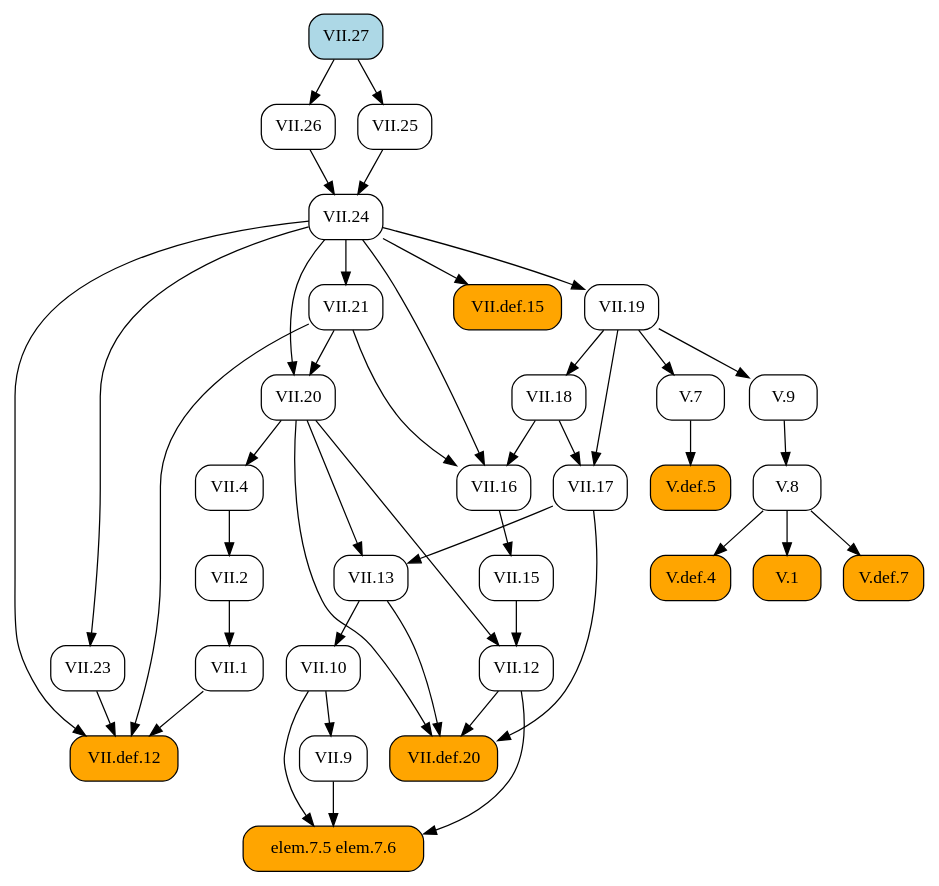
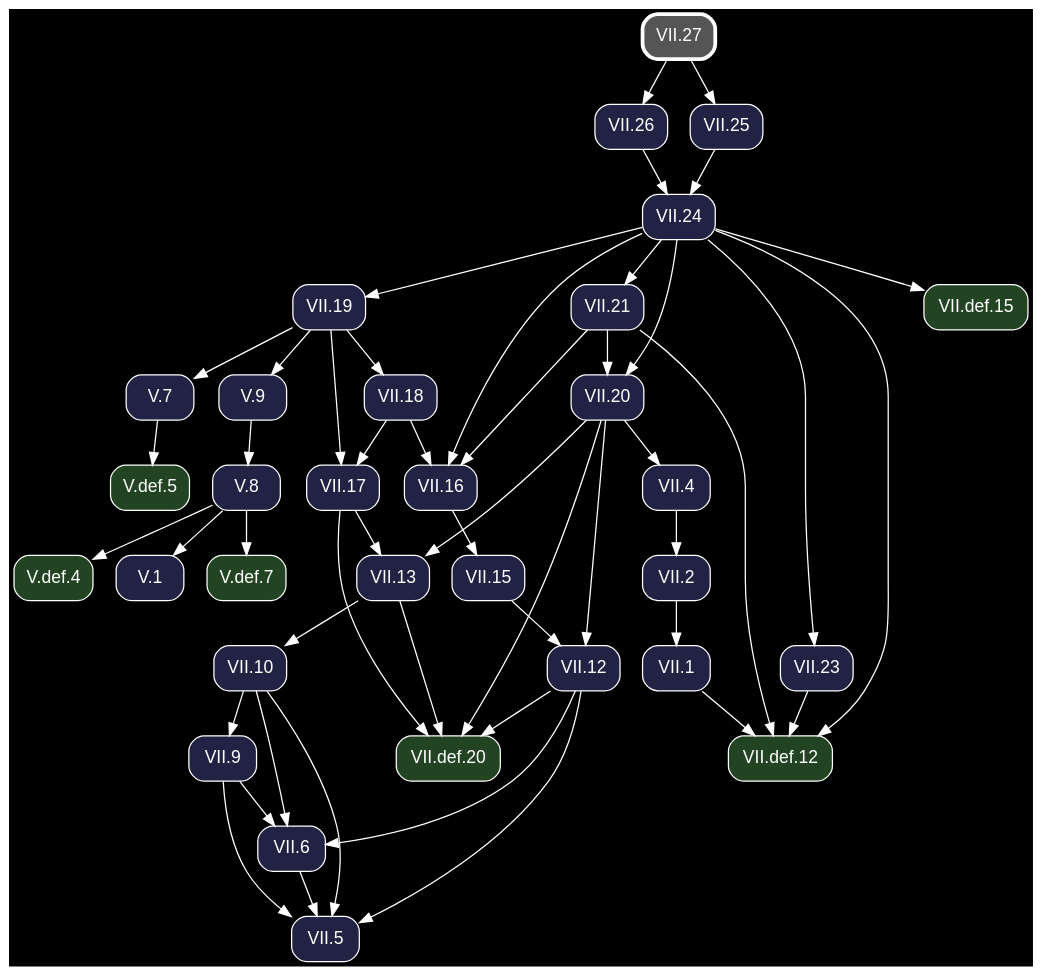
Before and after one commit to geometor/elements: the diagram in docsrc/heath/VII/27/index.rst, drawn with Graphviz. The commit also changed other lines of this file and 1200 other files, not shown here.

Commit message:
update dependency graphs

```diff
--- a/docsrc/heath/VII/27/index.rst
+++ b/docsrc/heath/VII/27/index.rst
@@ -36,80 +36,87 @@
 .. graphviz::
 
    digraph {
+     bgcolor="black";
+     node [shape=box, style="rounded,filled", fontname="Helvetica", color="white", fontcolor="white"];
+     edge [color="white", fontcolor="white"];
      rankdir="TB";
-     node [shape=box, style=rounded];
-     "VII.12" [URL="/heath/VII/12/", target="_top"];
-     "elem.7.5 elem.7.6" [style="rounded,filled", fillcolor=orange];
-     "V.def.7" [style="rounded,filled", fillcolor=orange, URL="/heath/V/def.7/", target="_top"];
-     "VII.9" [URL="/heath/VII/9/", target="_top"];
-     "VII.18" [URL="/heath/VII/18/", target="_top"];
-     "VII.16" [URL="/heath/VII/16/", target="_top"];
-     "V.7" [URL="/heath/V/7/", target="_top"];
-     "VII.27" [style="rounded,filled", fillcolor=lightblue, URL="/heath/VII/27/", target="_top"];
-     "VII.26" [URL="/heath/VII/26/", target="_top"];
-     "VII.21" [URL="/heath/VII/21/", target="_top"];
-     "V.def.5" [style="rounded,filled", fillcolor=orange, URL="/heath/V/def.5/", target="_top"];
-     "V.def.4" [style="rounded,filled", fillcolor=orange, URL="/heath/V/def.4/", target="_top"];
-     "V.9" [URL="/heath/V/9/", target="_top"];
-     "VII.1" [URL="/heath/VII/1/", target="_top"];
-     "VII.25" [URL="/heath/VII/25/", target="_top"];
-     "VII.10" [URL="/heath/VII/10/", target="_top"];
-     "V.8" [URL="/heath/V/8/", target="_top"];
-     "VII.13" [URL="/heath/VII/13/", target="_top"];
-     "VII.23" [URL="/heath/VII/23/", target="_top"];
-     "VII.4" [URL="/heath/VII/4/", target="_top"];
-     "VII.def.12" [style="rounded,filled", fillcolor=orange, URL="/heath/VII/def.12/", target="_top"];
-     "VII.20" [URL="/heath/VII/20/", target="_top"];
-     "V.1" [style="rounded,filled", fillcolor=orange, URL="/heath/V/1/", target="_top"];
-     "VII.def.15" [style="rounded,filled", fillcolor=orange, URL="/heath/VII/def.15/", target="_top"];
-     "VII.24" [URL="/heath/VII/24/", target="_top"];
-     "VII.17" [URL="/heath/VII/17/", target="_top"];
-     "VII.19" [URL="/heath/VII/19/", target="_top"];
-     "VII.2" [URL="/heath/VII/2/", target="_top"];
-     "VII.def.20" [style="rounded,filled", fillcolor=orange, URL="/heath/VII/def.20/", target="_top"];
-     "VII.15" [URL="/heath/VII/15/", target="_top"];
-     "VII.15" -> "VII.12";
-     "VII.20" -> "VII.12";
-     "VII.9" -> "elem.7.5 elem.7.6";
-     "VII.10" -> "elem.7.5 elem.7.6";
-     "VII.12" -> "elem.7.5 elem.7.6";
+     "V.def.5" [fillcolor="#224422", URL="/heath/V/def.5/", target="_top"];
+     "V.def.7" [fillcolor="#224422", URL="/heath/V/def.7/", target="_top"];
+     "VII.20" [fillcolor="#222244", URL="/heath/VII/20/", target="_top"];
+     "VII.18" [fillcolor="#222244", URL="/heath/VII/18/", target="_top"];
+     "VII.2" [fillcolor="#222244", URL="/heath/VII/2/", target="_top"];
+     "V.def.4" [fillcolor="#224422", URL="/heath/V/def.4/", target="_top"];
+     "VII.5" [fillcolor="#222244", URL="/heath/VII/5/", target="_top"];
+     "VII.def.20" [fillcolor="#224422", URL="/heath/VII/def.20/", target="_top"];
+     "VII.def.15" [fillcolor="#224422", URL="/heath/VII/def.15/", target="_top"];
+     "VII.26" [fillcolor="#222244", URL="/heath/VII/26/", target="_top"];
+     "VII.1" [fillcolor="#222244", URL="/heath/VII/1/", target="_top"];
+     "VII.6" [fillcolor="#222244", URL="/heath/VII/6/", target="_top"];
+     "VII.16" [fillcolor="#222244", URL="/heath/VII/16/", target="_top"];
+     "VII.15" [fillcolor="#222244", URL="/heath/VII/15/", target="_top"];
+     "VII.13" [fillcolor="#222244", URL="/heath/VII/13/", target="_top"];
+     "V.1" [fillcolor="#222244", URL="/heath/V/1/", target="_top"];
+     "VII.10" [fillcolor="#222244", URL="/heath/VII/10/", target="_top"];
+     "VII.27" [penwidth=3, color="white", fillcolor="#555555", URL="/heath/VII/27/", target="_top"];
+     "VII.4" [fillcolor="#222244", URL="/heath/VII/4/", target="_top"];
+     "VII.25" [fillcolor="#222244", URL="/heath/VII/25/", target="_top"];
+     "VII.23" [fillcolor="#222244", URL="/heath/VII/23/", target="_top"];
+     "VII.def.12" [fillcolor="#224422", URL="/heath/VII/def.12/", target="_top"];
+     "VII.19" [fillcolor="#222244", URL="/heath/VII/19/", target="_top"];
+     "V.8" [fillcolor="#222244", URL="/heath/V/8/", target="_top"];
+     "VII.21" [fillcolor="#222244", URL="/heath/VII/21/", target="_top"];
+     "VII.9" [fillcolor="#222244", URL="/heath/VII/9/", target="_top"];
+     "V.7" [fillcolor="#222244", URL="/heath/V/7/", target="_top"];
+     "VII.12" [fillcolor="#222244", URL="/heath/VII/12/", target="_top"];
+     "V.9" [fillcolor="#222244", URL="/heath/V/9/", target="_top"];
+     "VII.17" [fillcolor="#222244", URL="/heath/VII/17/", target="_top"];
+     "VII.24" [fillcolor="#222244", URL="/heath/VII/24/", target="_top"];
+     "V.7" -> "V.def.5";
      "V.8" -> "V.def.7";
-     "VII.10" -> "VII.9";
+     "VII.21" -> "VII.20";
+     "VII.24" -> "VII.20";
      "VII.19" -> "VII.18";
+     "VII.4" -> "VII.2";
+     "V.8" -> "V.def.4";
+     "VII.6" -> "VII.5";
+     "VII.9" -> "VII.5";
+     "VII.10" -> "VII.5";
+     "VII.12" -> "VII.5";
+     "VII.12" -> "VII.def.20";
+     "VII.13" -> "VII.def.20";
+     "VII.17" -> "VII.def.20";
+     "VII.20" -> "VII.def.20";
+     "VII.24" -> "VII.def.15";
+     "VII.27" -> "VII.26";
+     "VII.2" -> "VII.1";
+     "VII.9" -> "VII.6";
+     "VII.10" -> "VII.6";
+     "VII.12" -> "VII.6";
      "VII.18" -> "VII.16";
      "VII.21" -> "VII.16";
      "VII.24" -> "VII.16";
-     "VII.19" -> "V.7";
-     "VII.27" -> "VII.26";
-     "VII.24" -> "VII.21";
-     "V.7" -> "V.def.5";
-     "V.8" -> "V.def.4";
-     "VII.19" -> "V.9";
-     "VII.2" -> "VII.1";
-     "VII.27" -> "VII.25";
-     "VII.13" -> "VII.10";
-     "V.9" -> "V.8";
+     "VII.16" -> "VII.15";
      "VII.17" -> "VII.13";
      "VII.20" -> "VII.13";
+     "V.8" -> "V.1";
+     "VII.13" -> "VII.10";
+     "VII.20" -> "VII.4";
+     "VII.27" -> "VII.25";
      "VII.24" -> "VII.23";
-     "VII.20" -> "VII.4";
      "VII.1" -> "VII.def.12";
      "VII.21" -> "VII.def.12";
      "VII.23" -> "VII.def.12";
      "VII.24" -> "VII.def.12";
-     "VII.21" -> "VII.20";
-     "VII.24" -> "VII.20";
-     "V.8" -> "V.1";
-     "VII.24" -> "VII.def.15";
+     "VII.24" -> "VII.19";
+     "V.9" -> "V.8";
+     "VII.24" -> "VII.21";
+     "VII.10" -> "VII.9";
+     "VII.19" -> "V.7";
+     "VII.15" -> "VII.12";
+     "VII.20" -> "VII.12";
+     "VII.19" -> "V.9";
+     "VII.18" -> "VII.17";
+     "VII.19" -> "VII.17";
      "VII.25" -> "VII.24";
      "VII.26" -> "VII.24";
-     "VII.18" -> "VII.17";
-     "VII.19" -> "VII.17";
-     "VII.24" -> "VII.19";
-     "VII.4" -> "VII.2";
-     "VII.12" -> "VII.def.20";
-     "VII.13" -> "VII.def.20";
-     "VII.17" -> "VII.def.20";
-     "VII.20" -> "VII.def.20";
-     "VII.16" -> "VII.15";
    }
```
